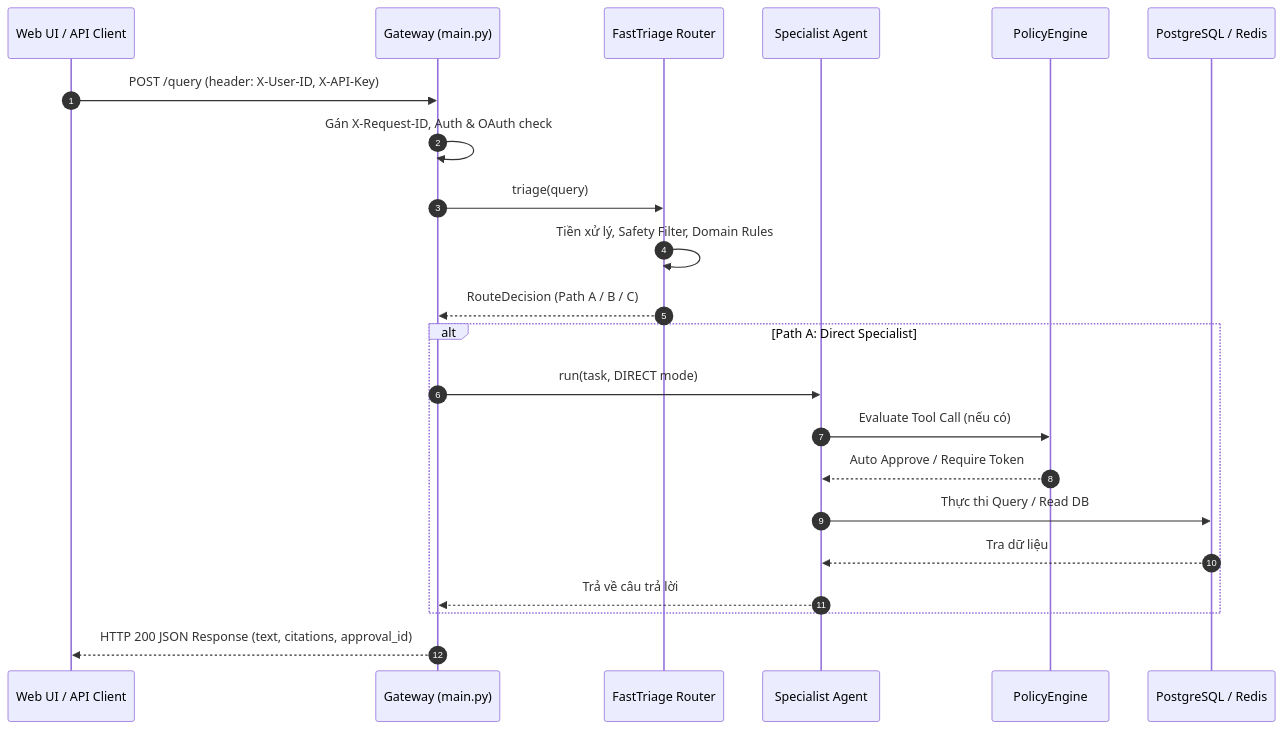
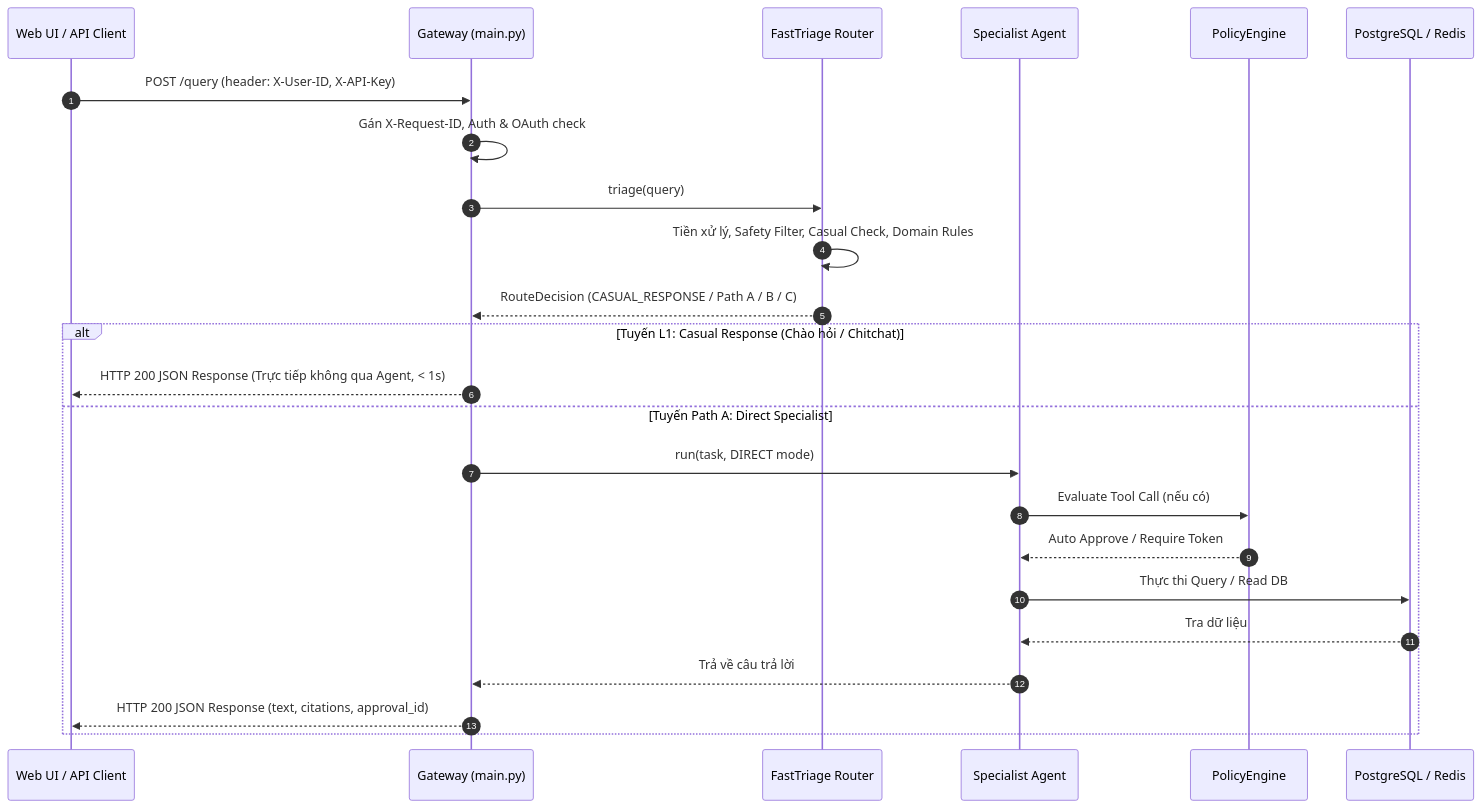
One commit to dvnam1605/personal-agent changed the second of 2 diagrams in docs/architecture/01-system-overview-and-architecture.md. Above: the diagram before and after it, drawn with Mermaid. The commit also changed other lines of this file and 22 other files, not shown here.

Commit message:
feat: add RAG answer synthesis service, architecture documentation, and frontend UI components

````diff
--- a/docs/architecture/01-system-overview-and-architecture.md
+++ b/docs/architecture/01-system-overview-and-architecture.md
@@ -112,27 +125,28 @@
 ```mermaid
 sequenceDiagram
     autonumber
     participant Client as Web UI / API Client
     participant GW as Gateway (main.py)
     participant FT as FastTriage Router
     participant Spec as Specialist Agent
     participant Policy as PolicyEngine
     participant DB as PostgreSQL / Redis
 
     Client->>GW: POST /query (header: X-User-ID, X-API-Key)
     GW->>GW: Gán X-Request-ID, Auth & OAuth check
     GW->>FT: triage(query)
-    FT->>FT: Tiền xử lý, Safety Filter, Domain Rules
-    FT-->>GW: RouteDecision (Path A / B / C)
+    FT->>FT: Tiền xử lý, Safety Filter, Casual Check, Domain Rules
+    FT-->>GW: RouteDecision (CASUAL_RESPONSE / Path A / B / C)
 
-    alt Path A: Direct Specialist
+    alt Tuyến L1: Casual Response (Chào hỏi / Chitchat)
+        GW-->>Client: HTTP 200 JSON Response (Trực tiếp không qua Agent, < 1s)
+    else Tuyến Path A: Direct Specialist
         GW->>Spec: run(task, DIRECT mode)
         Spec->>Policy: Evaluate Tool Call (nếu có)
         Policy-->>Spec: Auto Approve / Require Token
         Spec->>DB: Thực thi Query / Read DB
         DB-->>Spec: Tra dữ liệu
         Spec-->>GW: Trả về câu trả lời
+        GW-->>Client: HTTP 200 JSON Response (text, citations, approval_id)
     end
-
-    GW-->>Client: HTTP 200 JSON Response (text, citations, approval_id)
 ```
````
